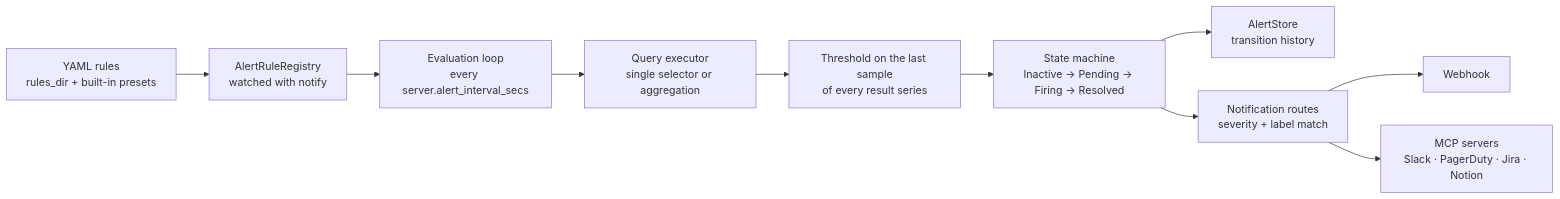
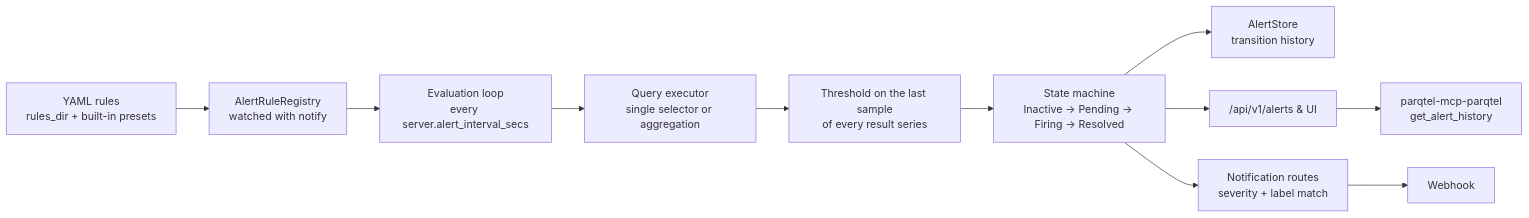
Before and after one commit to parqtel/parqtel-oss: the diagram in docs/assets/diagrams/src/alert-path.mmd, drawn with Mermaid. The commit also changed 13 other files, not shown here.

First line of the commit message:
docs: update architecture, diagrams, and guides for parqtel-mcp-parqtel only

```diff
--- a/docs/assets/diagrams/src/alert-path.mmd
+++ b/docs/assets/diagrams/src/alert-path.mmd
@@ -1,10 +1,11 @@
 flowchart LR
     R["YAML rules<br/>rules_dir + built-in presets"] --> REG["AlertRuleRegistry<br/>watched with notify"]
     REG --> LOOP["Evaluation loop<br/>every server.alert_interval_secs"]
     LOOP --> Q["Query executor<br/>single selector or aggregation"]
     Q --> TH["Threshold on the last sample<br/>of every result series"]
     TH --> SM["State machine<br/>Inactive → Pending → Firing → Resolved"]
     SM --> STORE["AlertStore<br/>transition history"]
+    SM --> API["/api/v1/alerts &amp; UI"]
     SM --> ROUTE["Notification routes<br/>severity + label match"]
     ROUTE --> HOOK["Webhook"]
-    ROUTE --> MCP["MCP servers<br/>Slack · PagerDuty · Jira · Notion"]
+    API --> MCP["parqtel-mcp-parqtel<br/>get_alert_history"]
```
